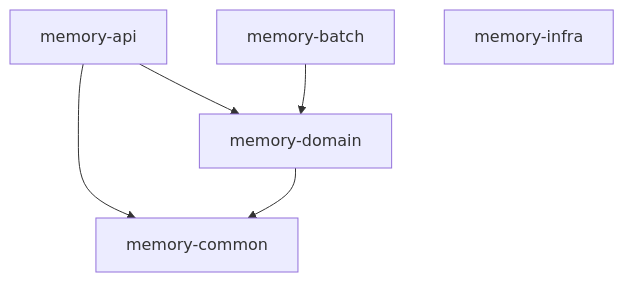
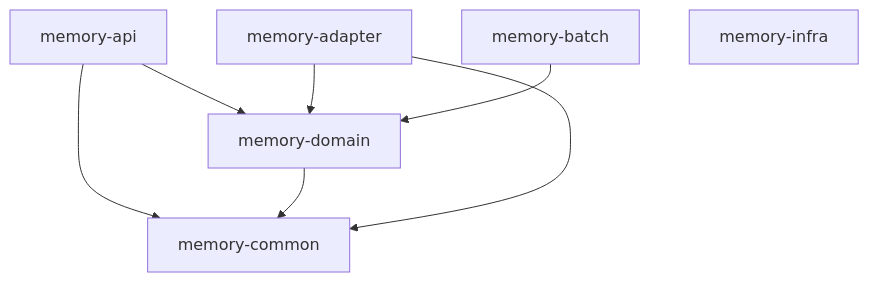
One commit to YuSunjo/memory changed the diagram in README.md. Above: the diagram before and after it, drawn with Mermaid. The commit also changed other lines of this file, not shown here.

Commit message:
docs(README): refine module architecture and add memory-adapter details

````diff
--- a/README.md
+++ b/README.md
@@ -249,8 +278,10 @@
 ```mermaid
 graph TD
     A[memory-api] --> B[memory-common]
     A --> C[memory-domain]
     C --> B
-    D[memory-batch] --> C
-    E[memory-infra] 
+    D[memory-adapter] --> C
+    D --> B
+    E[memory-batch] --> C
+    F[memory-infra]
 ```
````
